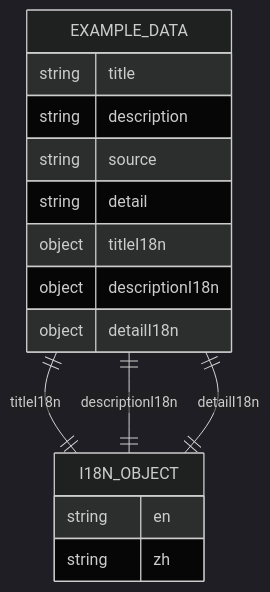
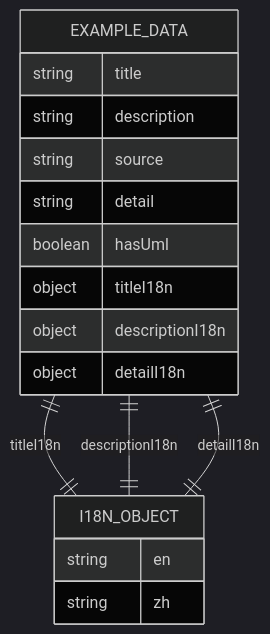
The sixth of 12 diagrams in .qoder/repowiki/en/content/Core Components/Demo Example Component.md (pingwurth/code-to-uml), drawn with Mermaid (dark theme) before and after one commit. The commit also changed other lines of this file and 55 other files, not shown here.

````diff
--- a/.qoder/repowiki/en/content/Core Components/Demo Example Component.md
+++ b/.qoder/repowiki/en/content/Core Components/Demo Example Component.md
@@ -295,19 +334,20 @@
 ```mermaid
 erDiagram
 EXAMPLE_DATA {
 string title
 string description
 string source
 string detail
+boolean hasUml
 object titleI18n
 object descriptionI18n
 object detailI18n
 }
 I18N_OBJECT {
 string en
 string zh
 }
 EXAMPLE_DATA ||--|| I18N_OBJECT : "titleI18n"
 EXAMPLE_DATA ||--|| I18N_OBJECT : "descriptionI18n"
 EXAMPLE_DATA ||--|| I18N_OBJECT : "detailI18n"
 ```
````
